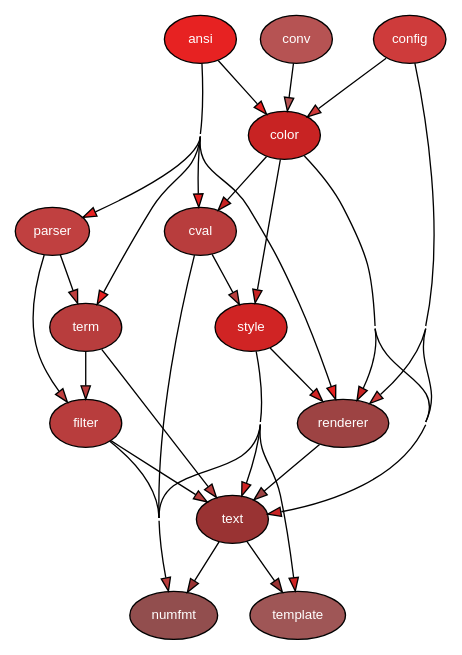
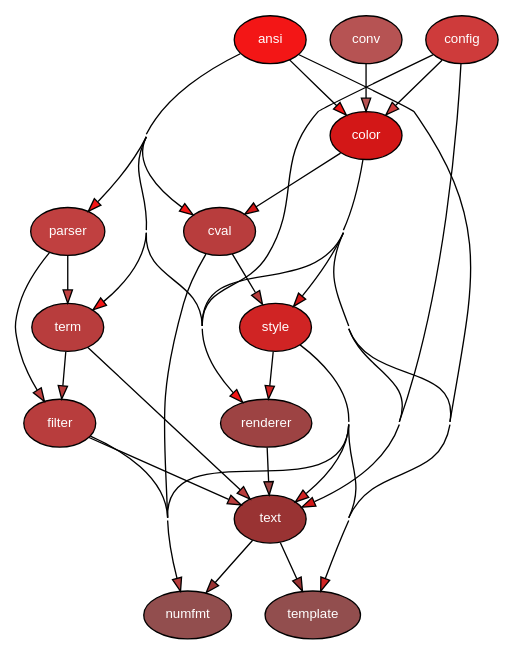
The diagram in docs/generated/module.dot (delameter/pytermor), drawn with Graphviz before and after one commit. The commit also changed 21 other files, not shown here.

```diff
--- a/docs/generated/module.dot
+++ b/docs/generated/module.dot
@@ -1,49 +1,51 @@
 
 digraph G {
     concentrate = true;
 
     rankdir = TB;
     node [style=filled,fillcolor="#ffffff",fontcolor="#000000",fontname=Helvetica,fontsize=10];
 
-    pytermor_ansi [fillcolor="#e72222",fontcolor="#ffffff",label="ansi"];
-    pytermor_color [fillcolor="#c82323",fontcolor="#ffffff",label="color"];
+    pytermor_ansi [fillcolor="#f31616",fontcolor="#ffffff",label="ansi"];
+    pytermor_color [fillcolor="#d31717",fontcolor="#ffffff",label="color"];
     pytermor_config [fillcolor="#ce3b3b",fontcolor="#ffffff",label="config"];
     pytermor_conv [fillcolor="#b65353",fontcolor="#ffffff",label="conv"];
     pytermor_cval [fillcolor="#b83d3d",fontcolor="#ffffff",label="cval"];
     pytermor_filter [fillcolor="#b83d3d",fontcolor="#ffffff",label="filter"];
     pytermor_numfmt [fillcolor="#924e4e",fontcolor="#ffffff",label="numfmt"];
     pytermor_parser [fillcolor="#c04040",fontcolor="#ffffff",label="parser"];
     pytermor_renderer [fillcolor="#9d4343",fontcolor="#ffffff",label="renderer"];
     pytermor_style [fillcolor="#d02424",fontcolor="#ffffff",label="style"];
-    pytermor_template [fillcolor="#9f5656",fontcolor="#ffffff",label="template"];
+    pytermor_template [fillcolor="#924e4e",fontcolor="#ffffff",label="template"];
     pytermor_term [fillcolor="#b83d3d",fontcolor="#ffffff",label="term"];
     pytermor_text [fillcolor="#993333",fontcolor="#ffffff",label="text"];
-    pytermor_ansi -> pytermor_color [fillcolor="#e72222"];
-    pytermor_ansi -> pytermor_cval [fillcolor="#e72222"];
-    pytermor_ansi -> pytermor_parser [fillcolor="#e72222"];
-    pytermor_ansi -> pytermor_renderer [fillcolor="#e72222"];
-    pytermor_ansi -> pytermor_term [fillcolor="#e72222"];
-    pytermor_color -> pytermor_cval [fillcolor="#c82323"];
-    pytermor_color -> pytermor_renderer [fillcolor="#c82323"];
-    pytermor_color -> pytermor_style [fillcolor="#c82323"];
-    pytermor_color -> pytermor_text [fillcolor="#c82323"];
+    pytermor_ansi -> pytermor_color [fillcolor="#f31616"];
+    pytermor_ansi -> pytermor_cval [fillcolor="#f31616"];
+    pytermor_ansi -> pytermor_parser [fillcolor="#f31616"];
+    pytermor_ansi -> pytermor_renderer [fillcolor="#f31616"];
+    pytermor_ansi -> pytermor_template [fillcolor="#f31616"];
+    pytermor_ansi -> pytermor_term [fillcolor="#f31616"];
+    pytermor_color -> pytermor_cval [fillcolor="#d31717"];
+    pytermor_color -> pytermor_renderer [fillcolor="#d31717"];
+    pytermor_color -> pytermor_style [fillcolor="#d31717"];
+    pytermor_color -> pytermor_template [fillcolor="#d31717"];
+    pytermor_color -> pytermor_text [fillcolor="#d31717"];
     pytermor_config -> pytermor_color [fillcolor="#ce3b3b"];
     pytermor_config -> pytermor_renderer [fillcolor="#ce3b3b"];
     pytermor_config -> pytermor_text [fillcolor="#ce3b3b"];
     pytermor_conv -> pytermor_color [fillcolor="#b65353"];
     pytermor_cval -> pytermor_numfmt [fillcolor="#b83d3d"];
     pytermor_cval -> pytermor_style [fillcolor="#b83d3d"];
     pytermor_filter -> pytermor_numfmt [fillcolor="#b83d3d"];
     pytermor_filter -> pytermor_text [fillcolor="#b83d3d"];
     pytermor_parser -> pytermor_filter [fillcolor="#c04040"];
     pytermor_parser -> pytermor_term [fillcolor="#c04040"];
     pytermor_renderer -> pytermor_text [fillcolor="#9d4343"];
     pytermor_style -> pytermor_numfmt [fillcolor="#d02424"];
     pytermor_style -> pytermor_renderer [fillcolor="#d02424"];
     pytermor_style -> pytermor_template [fillcolor="#d02424"];
     pytermor_style -> pytermor_text [fillcolor="#d02424"];
     pytermor_term -> pytermor_filter [fillcolor="#b83d3d"];
     pytermor_term -> pytermor_text [fillcolor="#b83d3d"];
     pytermor_text -> pytermor_numfmt [fillcolor="#993333"];
     pytermor_text -> pytermor_template [fillcolor="#993333"];
 }
```
